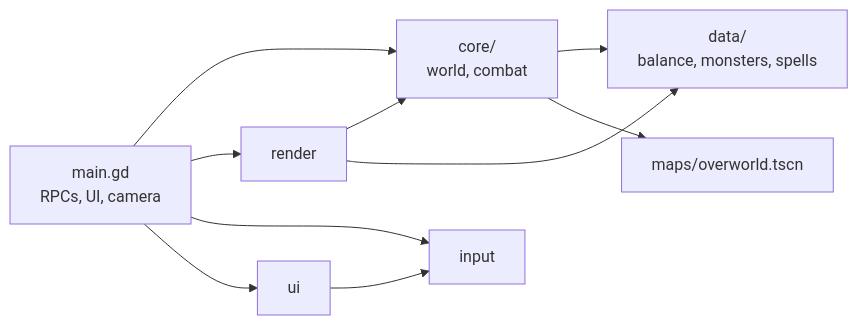
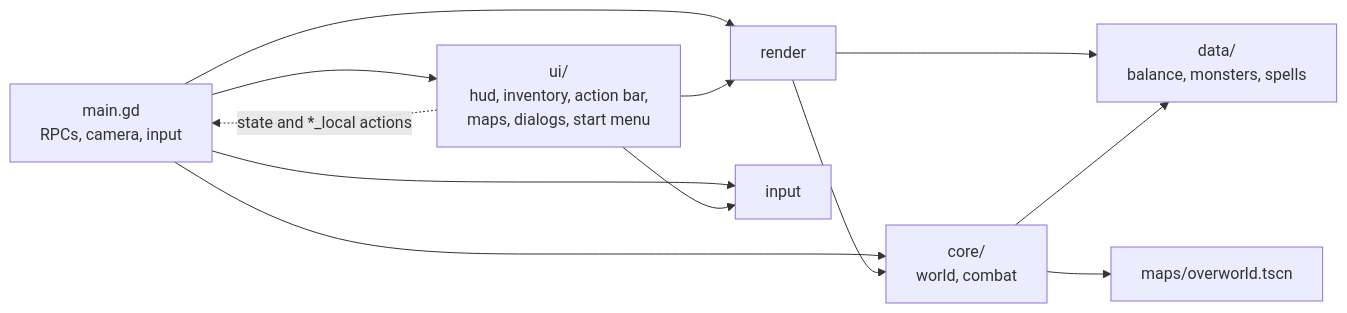
One commit to Joberg95/Brimholt changed the diagram in docs/architecture.md. Above: the diagram before and after it, drawn with Mermaid. The commit also changed other lines of this file and 333 other files, not shown here.

````diff
--- a/docs/architecture.md
+++ b/docs/architecture.md
@@ -42,12 +69,14 @@
 ```mermaid
 flowchart LR
-    main[main.gd<br/>RPCs, UI, camera] --> core
+    main[main.gd<br/>RPCs, camera, input] --> core
     main --> render
     main --> input
     main --> ui
     render --> core
     render --> data
-    ui --> input
+    ui[ui/<br/>hud, inventory, action bar,<br/>maps, dialogs, start menu] --> input
+    ui --> render
+    ui -. state and *_local actions .-> main
     core[core/<br/>world, combat] --> data[data/<br/>balance, monsters, spells]
     core --> maps[maps/overworld.tscn]
 ```
````
